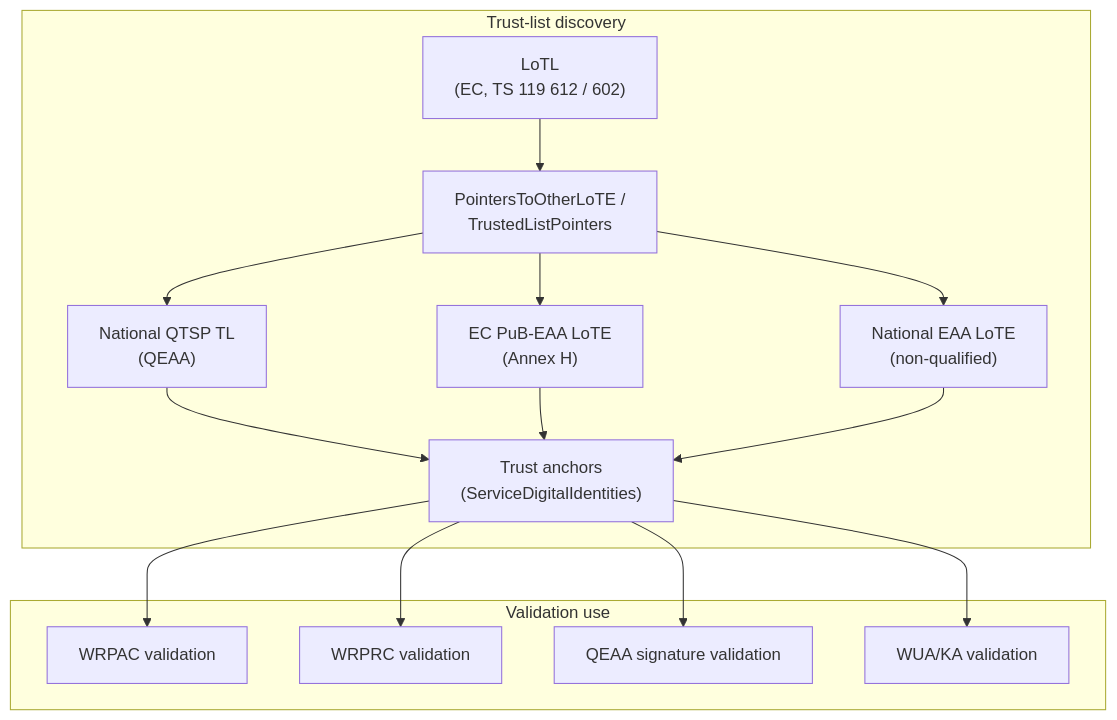
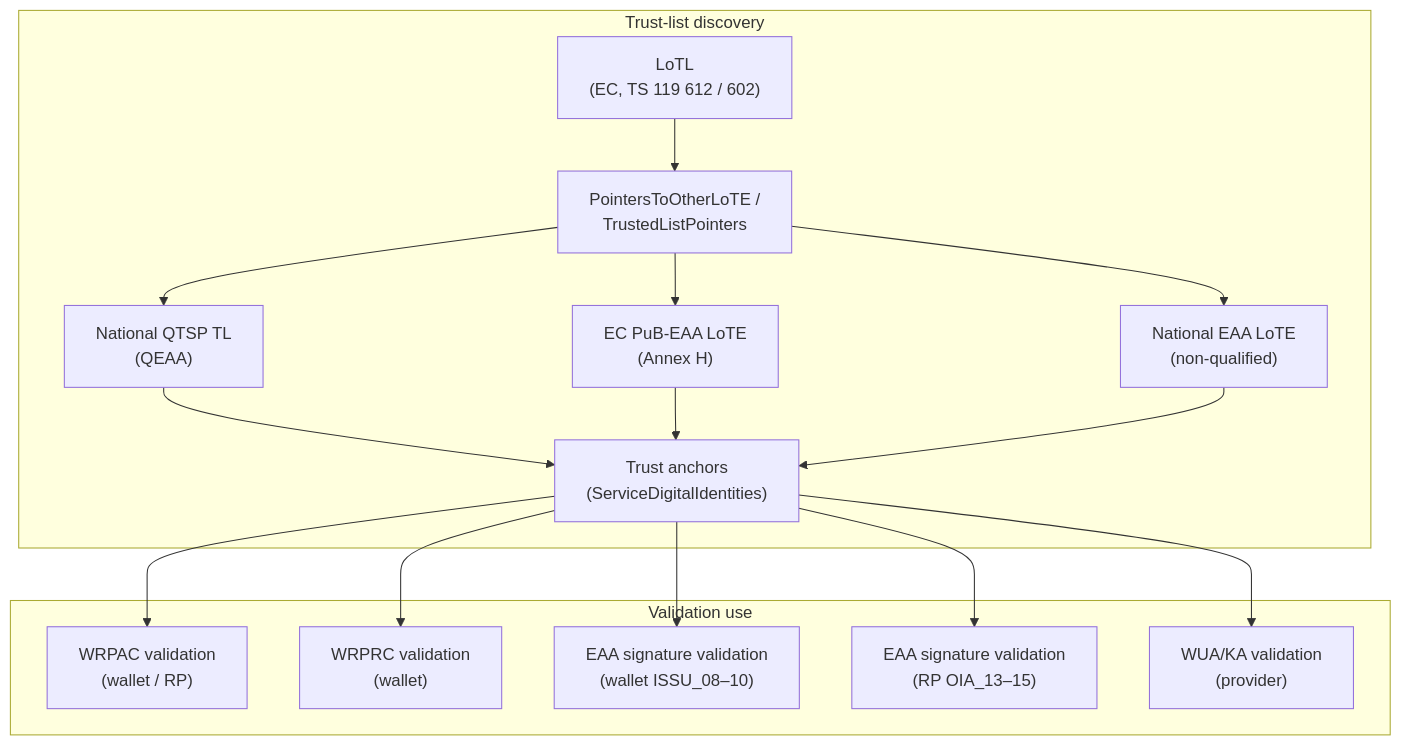
One commit to webuild-consortium/wp4-trust-group changed the first of 4 diagrams in task2-trust-framework/eaa-provider-identity-verification-chaining-LoTL.md. Above: the diagram before and after it, drawn with Mermaid. The commit also changed other lines of this file, not shown here.

Commit message:
task2: fixed eaa trust chaining about RP too

````diff
--- a/task2-trust-framework/eaa-provider-identity-verification-chaining-LoTL.md
+++ b/task2-trust-framework/eaa-provider-identity-verification-chaining-LoTL.md
@@ -109,23 +139,24 @@
 ```mermaid
 flowchart TB
     subgraph discovery["Trust-list discovery"]
         LoTL["LoTL<br/>(EC, TS 119 612 / 602)"]
         Ptr["PointersToOtherLoTE /<br/>TrustedListPointers"]
         TL1["National QTSP TL<br/>(QEAA)"]
         TL2["EC PuB-EAA LoTE<br/>(Annex H)"]
         TL3["National EAA LoTE<br/>(non-qualified)"]
         TA["Trust anchors<br/>(ServiceDigitalIdentities)"]
     end
 
     subgraph use["Validation use"]
-        WRPAC["WRPAC validation"]
-        WRPRC["WRPRC validation"]
-        QEAAval["QEAA signature validation"]
-        WUA["WUA/KA validation"]
+        WRPAC["WRPAC validation<br/>(wallet / RP)"]
+        WRPRC["WRPRC validation<br/>(wallet)"]
+        QEAAvalWU["EAA signature validation<br/>(wallet ISSU_08–10)"]
+        QEAAvalRP["EAA signature validation<br/>(RP OIA_13–15)"]
+        WUA["WUA/KA validation<br/>(provider)"]
     end
 
     LoTL --> Ptr
     Ptr --> TL1 & TL2 & TL3
     TL1 & TL2 & TL3 --> TA
-    TA --> WRPAC & WRPRC & QEAAval & WUA
+    TA --> WRPAC & WRPRC & QEAAvalWU & QEAAvalRP & WUA
 ```
````
